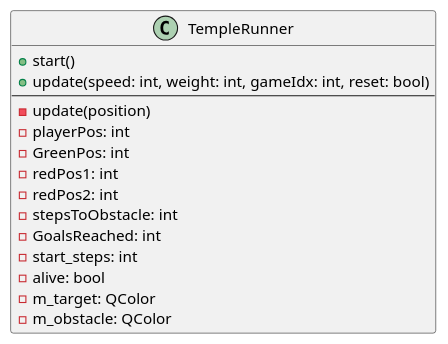
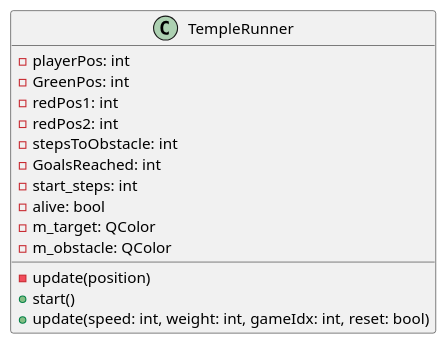
One commit to Anders-Clement/B208 changed the diagram in uml/class/TempleRunner.iuml. Above: the diagram before and after it, drawn with PlantUML. The commit also changed 8 other files, not shown here.

```diff
--- a/uml/class/TempleRunner.iuml
+++ b/uml/class/TempleRunner.iuml
@@ -1,16 +1,15 @@
 class TempleRunner {
-    + start()
-    + update(speed: int, weight: int, gameIdx: int, reset: bool)
-    --
-    - update(position)
     - playerPos: int
     - GreenPos: int
     - redPos1: int
     - redPos2: int
     - stepsToObstacle: int
     - GoalsReached: int
     - start_steps: int
     - alive: bool
     - m_target: QColor
     - m_obstacle: QColor
+    - update(position)
+    + start()
+    + update(speed: int, weight: int, gameIdx: int, reset: bool)    
 }
```
